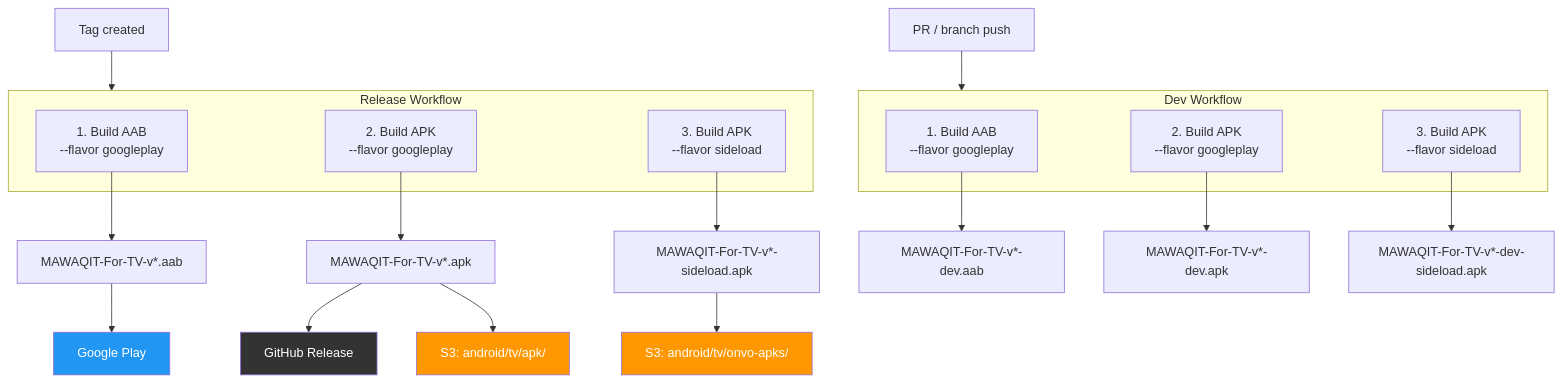
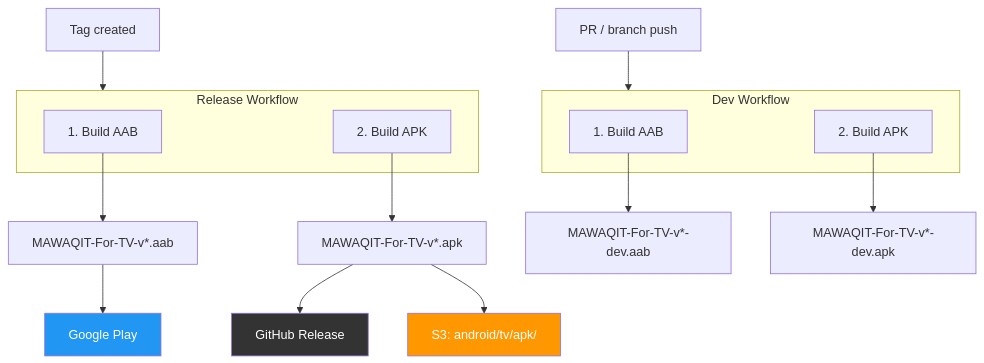
Before and after one commit to YassinNouh21/android-tv-app: the third of 3 diagrams in docs/update-logic.md, drawn with Mermaid. The commit also changed other lines of this file and 9 other files, not shown here.

Commit message:
rever dual flavor build approach

````diff
--- a/docs/update-logic.md
+++ b/docs/update-logic.md
@@ -66,35 +41,29 @@
 ```mermaid
 flowchart TD
     TAG["Tag created"] --> RELEASE
     PR["PR / branch push"] --> DEV
 
     subgraph RELEASE["Release Workflow"]
-        B1["1. Build AAB<br/>--flavor googleplay"]
-        B2["2. Build APK<br/>--flavor googleplay"]
-        B3["3. Build APK<br/>--flavor sideload"]
+        B1["1. Build AAB"]
+        B2["2. Build APK"]
     end
 
     subgraph DEV["Dev Workflow"]
-        D1["1. Build AAB<br/>--flavor googleplay"]
-        D2["2. Build APK<br/>--flavor googleplay"]
-        D3["3. Build APK<br/>--flavor sideload"]
+        D1["1. Build AAB"]
+        D2["2. Build APK"]
     end
 
     B1 --> A1["MAWAQIT-For-TV-v*.aab"]
     B2 --> A2["MAWAQIT-For-TV-v*.apk"]
-    B3 --> A3["MAWAQIT-For-TV-v*-sideload.apk"]
 
     A1 --> PLAY["Google Play"]
     A2 --> GITHUB["GitHub Release"]
     A2 --> S3_APK["S3: android/tv/apk/"]
-    A3 --> S3_SIDE["S3: android/tv/onvo-apks/"]
 
     D1 --> DA1["MAWAQIT-For-TV-v*-dev.aab"]
     D2 --> DA2["MAWAQIT-For-TV-v*-dev.apk"]
-    D3 --> DA3["MAWAQIT-For-TV-v*-dev-sideload.apk"]
 
     style PLAY fill:#2196F3,color:#fff
     style GITHUB fill:#333,color:#fff
     style S3_APK fill:#FF9800,color:#fff
-    style S3_SIDE fill:#FF9800,color:#fff
 ```
````
